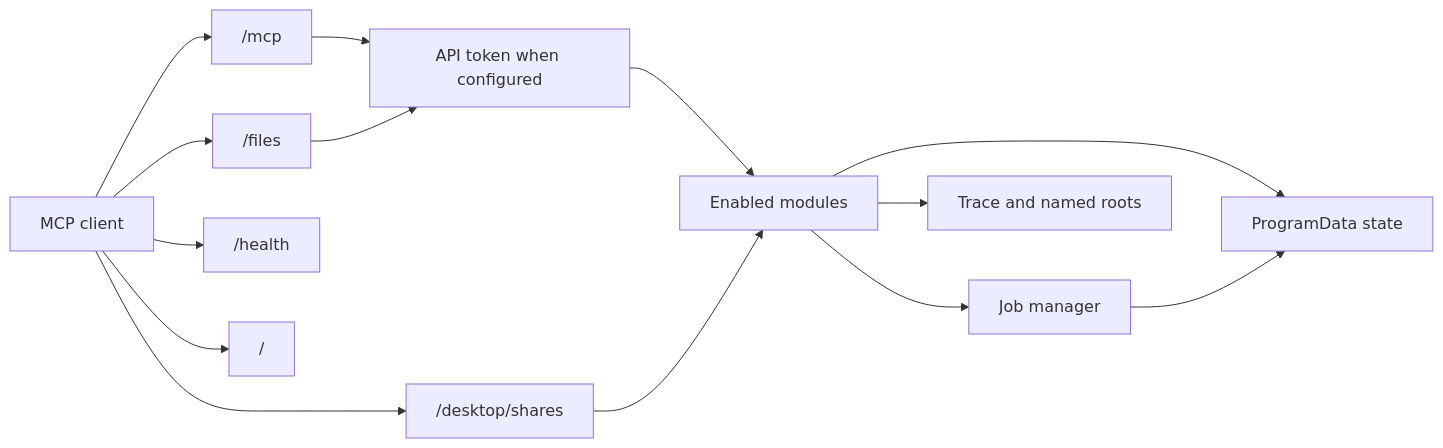
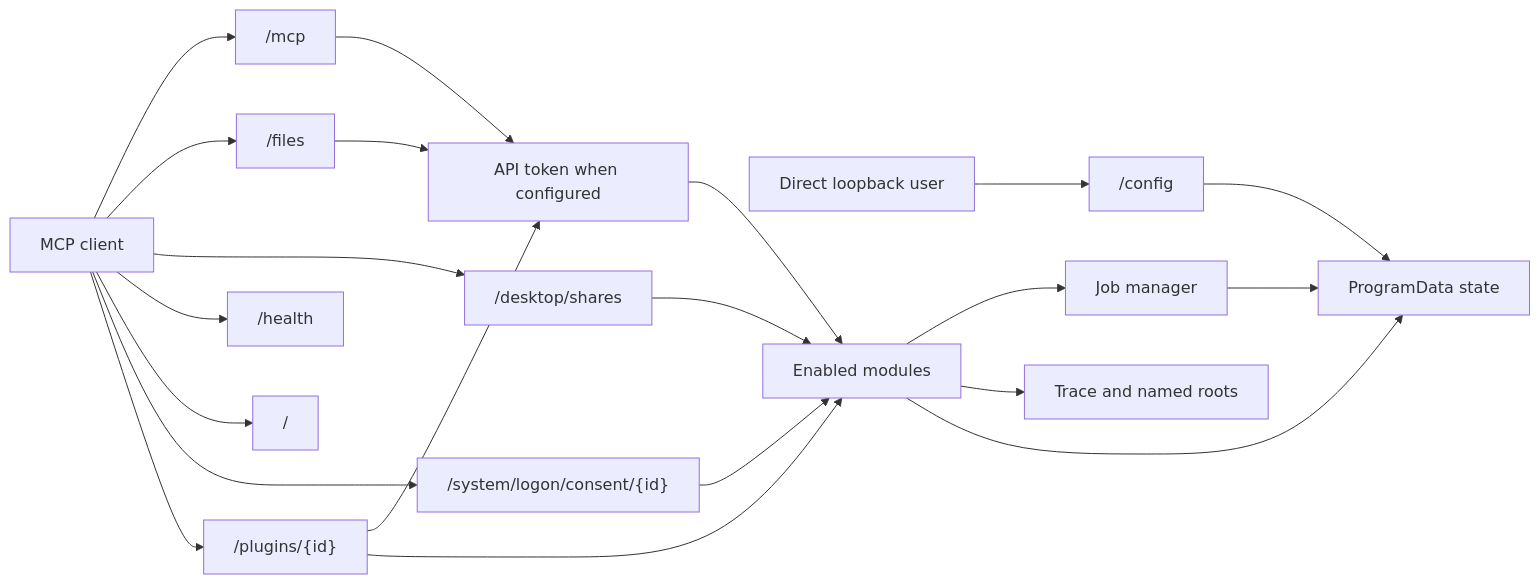
The diagram in docs/architecture.md (nefarius/Vestigo), drawn with Mermaid before and after one commit. The commit also changed other lines of this file and 16 other files, not shown here.

````diff
--- a/docs/architecture.md
+++ b/docs/architecture.md
@@ -9,16 +9,23 @@
 ```mermaid
 flowchart LR
     client[MCP client] --> mcp["/mcp"]
     client --> filesHttp["/files"]
     client --> shares["/desktop/shares"]
     client --> health["/health"]
     client --> root["/"]
+    client --> consent["/system/logon/consent/{id}"]
+    client --> pluginRoutes["/plugins/{id}"]
+    localUser[Direct loopback user] --> config["/config"]
     mcp --> auth[API token when configured]
+    pluginRoutes --> auth
     filesHttp --> auth
     auth --> modules[Enabled modules]
     shares --> modules
+    consent --> modules
+    pluginRoutes --> modules
+    config --> state
     modules --> jobs[Job manager]
     modules --> roots[Trace and named roots]
     modules --> state[ProgramData state]
     jobs --> state
 ```
````
